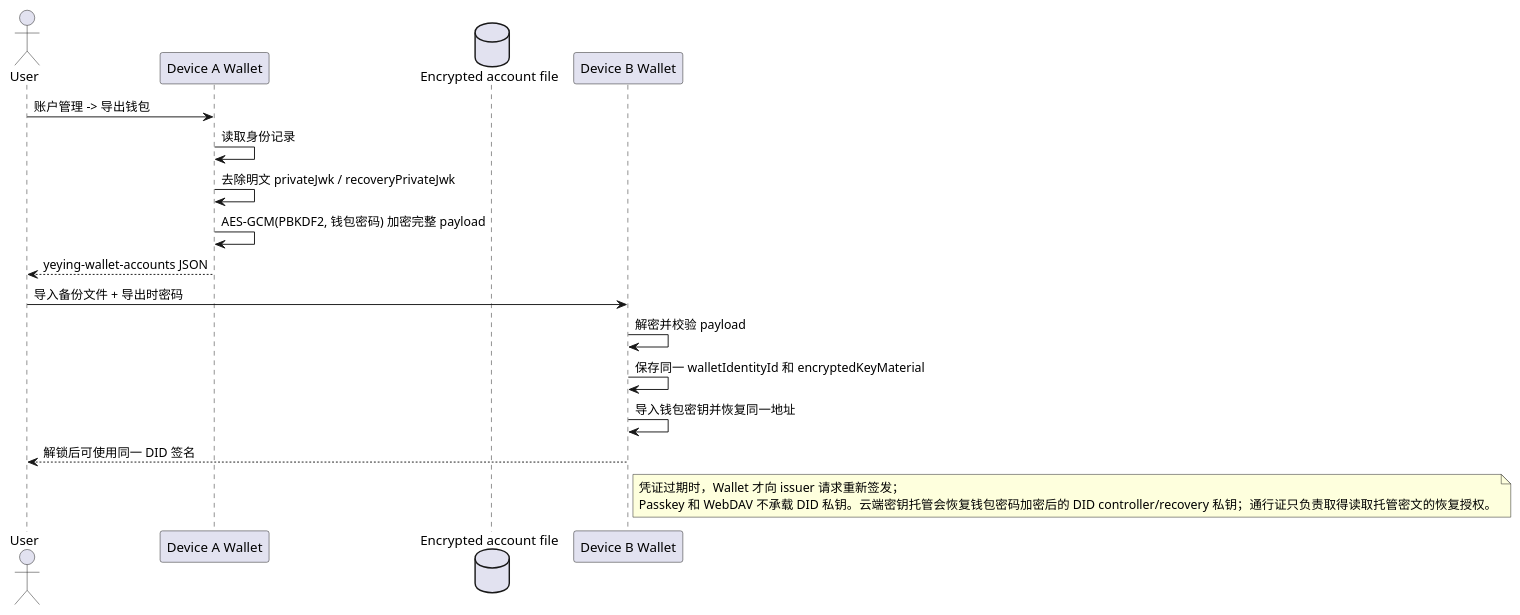
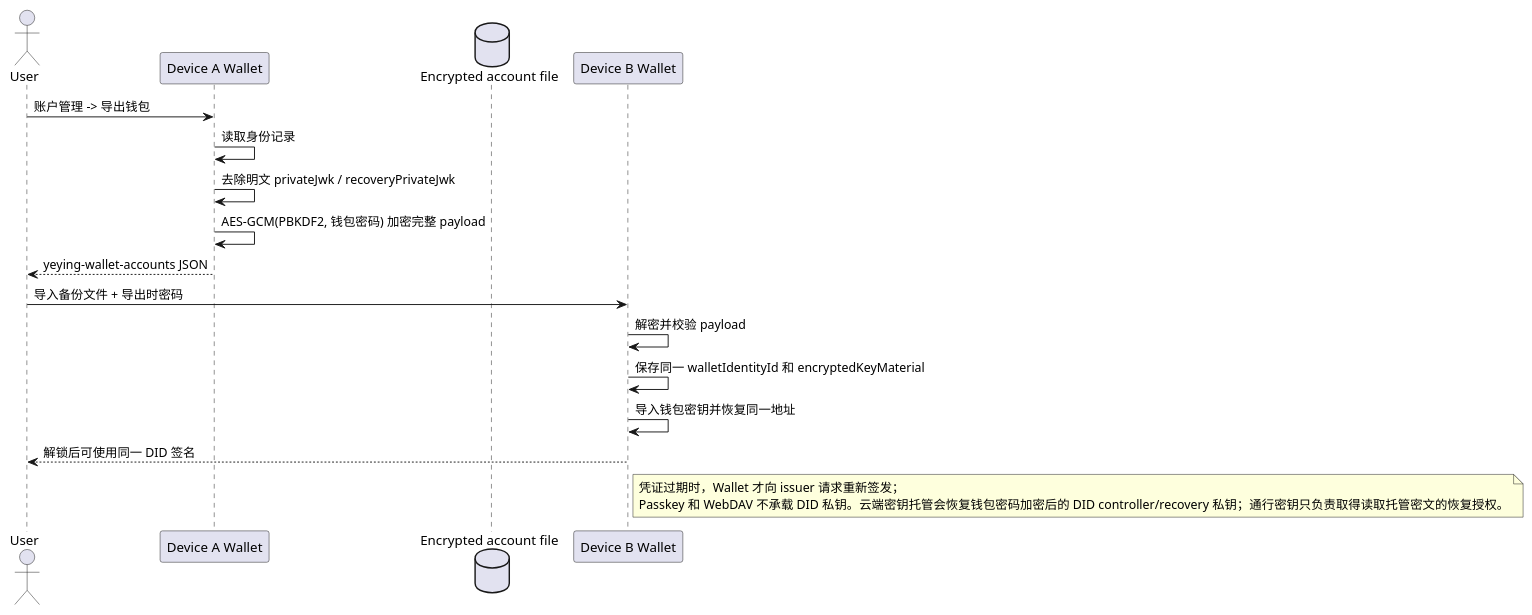
One commit to yeying-community/wallet changed the third of 3 diagrams in docs/security/数据安全.md. Above: the diagram before and after it, drawn with PlantUML. The commit also changed other lines of this file and 16 other files, not shown here.

Commit message:
docs(wallet): clarify identity model and passkey flows

````diff
--- a/docs/security/数据安全.md
+++ b/docs/security/数据安全.md
@@ -149,22 +149,22 @@
 ```plantuml
 @startuml wallet-identity-restore
 actor User
 participant "Device A Wallet" as Old
 database "Encrypted account file" as File
 participant "Device B Wallet" as New
 User -> Old : 账户管理 -> 导出钱包
 Old -> Old : 读取身份记录
 Old -> Old : 去除明文 privateJwk / recoveryPrivateJwk
 Old -> Old : AES-GCM(PBKDF2, 钱包密码) 加密完整 payload
 Old --> User : yeying-wallet-accounts JSON
 User -> New : 导入备份文件 + 导出时密码
 New -> New : 解密并校验 payload
 New -> New : 保存同一 walletIdentityId 和 encryptedKeyMaterial
 New -> New : 导入钱包密钥并恢复同一地址
 New --> User : 解锁后可使用同一 DID 签名
 note right of New
 凭证过期时，Wallet 才向 issuer 请求重新签发；
-Passkey 和 WebDAV 不承载 DID 私钥。云端密钥托管会恢复钱包密码加密后的 DID controller/recovery 私钥；通行证只负责取得读取托管密文的恢复授权。
+Passkey 和 WebDAV 不承载 DID 私钥。云端密钥托管会恢复钱包密码加密后的 DID controller/recovery 私钥；通行密钥只负责取得读取托管密文的恢复授权。
 end note
 @enduml
 ```
````
